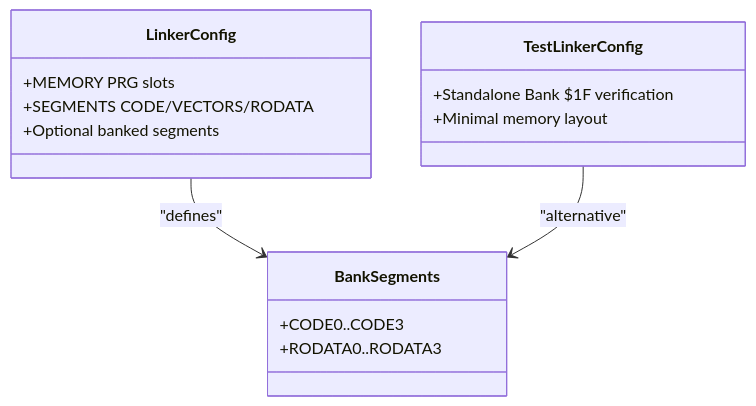
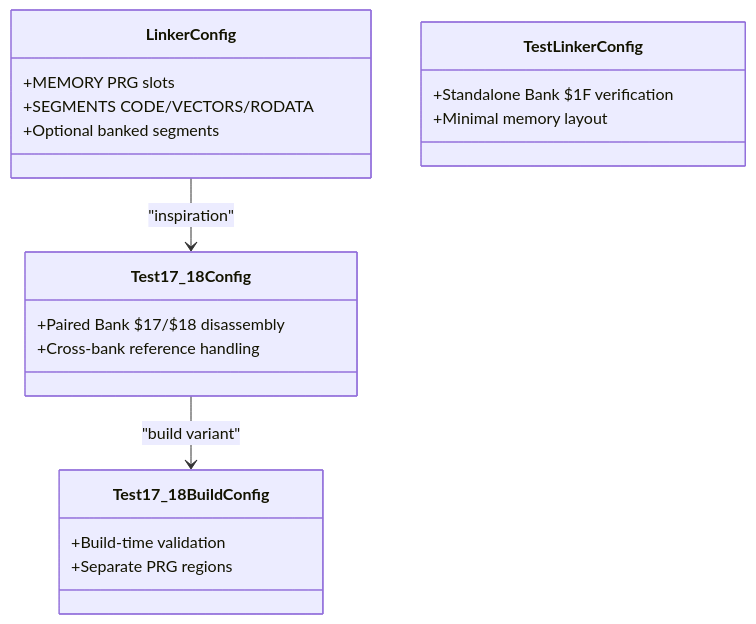
Before and after one commit to rabbyzero/sango2dasm: the seventh of 11 diagrams in .qoder/repowiki/en/content/Build System and Tools/Build System and Tools.md, drawn with Mermaid. The commit also changed other lines of this file and 21 other files, not shown here.

````diff
--- a/.qoder/repowiki/en/content/Build System and Tools/Build System and Tools.md
+++ b/.qoder/repowiki/en/content/Build System and Tools/Build System and Tools.md
@@ -384,18 +384,22 @@
 ```mermaid
 classDiagram
 class LinkerConfig {
 +MEMORY PRG slots
 +SEGMENTS CODE/VECTORS/RODATA
 +Optional banked segments
 }
 class TestLinkerConfig {
 +Standalone Bank $1F verification
 +Minimal memory layout
 }
-class BankSegments {
-+CODE0..CODE3
-+RODATA0..RODATA3
+class Test17_18Config {
++Paired Bank $17/$18 disassembly
++Cross-bank reference handling
 }
-LinkerConfig --> BankSegments : "defines"
-TestLinkerConfig --> BankSegments : "alternative"
+class Test17_18BuildConfig {
++Build-time validation
++Separate PRG regions
+}
+LinkerConfig --> Test17_18Config : "inspiration"
+Test17_18Config --> Test17_18BuildConfig : "build variant"
 ```
````
